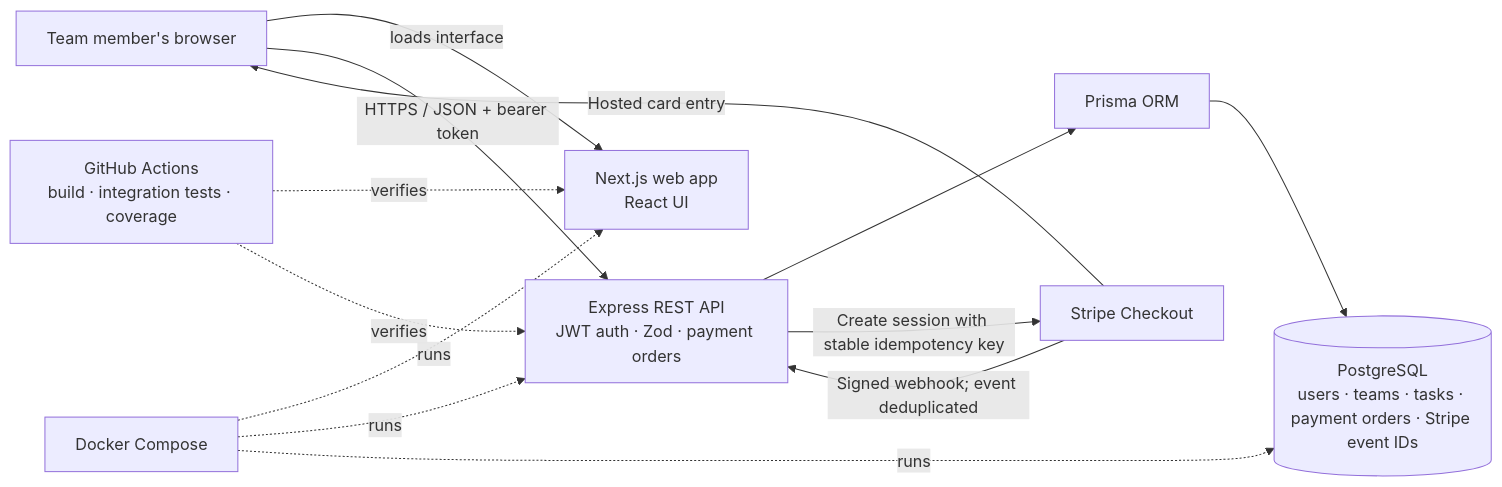
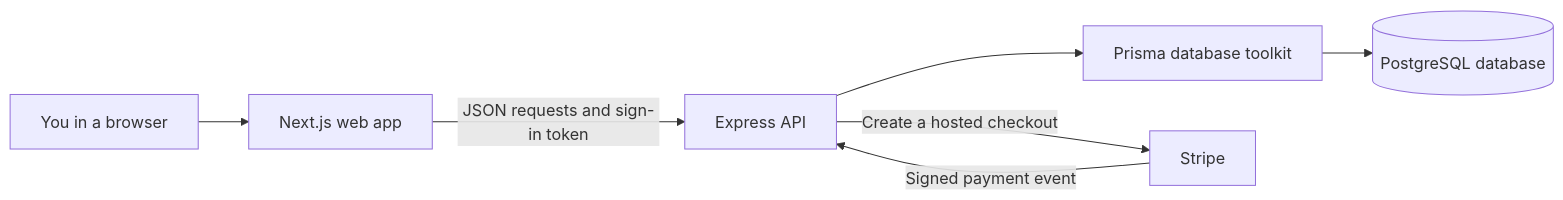
One commit to rithika20252024/taskflowp changed the diagram in README.md. Above: the diagram before and after it, drawn with Mermaid. The commit also changed other lines of this file, not shown here.

````diff
--- a/README.md
+++ b/README.md
@@ -15,24 +59,9 @@
 ```mermaid
 flowchart LR
-    U[Team member's browser]
-    W[Next.js web app<br/>React UI]
-    A[Express REST API<br/>JWT auth · Zod · payment orders]
-    P[Prisma ORM]
-    D[(PostgreSQL<br/>users · teams · tasks · payment orders · Stripe event IDs)]
-    S[Stripe Checkout]
-    C[Docker Compose]
-    CI[GitHub Actions<br/>build · integration tests · coverage]
-
-    U -->|loads interface| W
-    U -->|HTTPS / JSON + bearer token| A
-    A --> P
-    P --> D
-    A -->|Create session with stable idempotency key| S
-    S -->|Signed webhook; event deduplicated| A
-    S -->|Hosted card entry| U
-    C -. runs .-> W
-    C -. runs .-> A
-    C -. runs .-> D
-    CI -. verifies .-> W
-    CI -. verifies .-> A
+    Person[You in a browser] --> Web[Next.js web app]
+    Web -->|JSON requests and sign-in token| API[Express API]
+    API --> ORM[Prisma database toolkit]
+    ORM --> DB[(PostgreSQL database)]
+    API -->|Create a hosted checkout| Stripe[Stripe]
+    Stripe -->|Signed payment event| API
 ```
````
